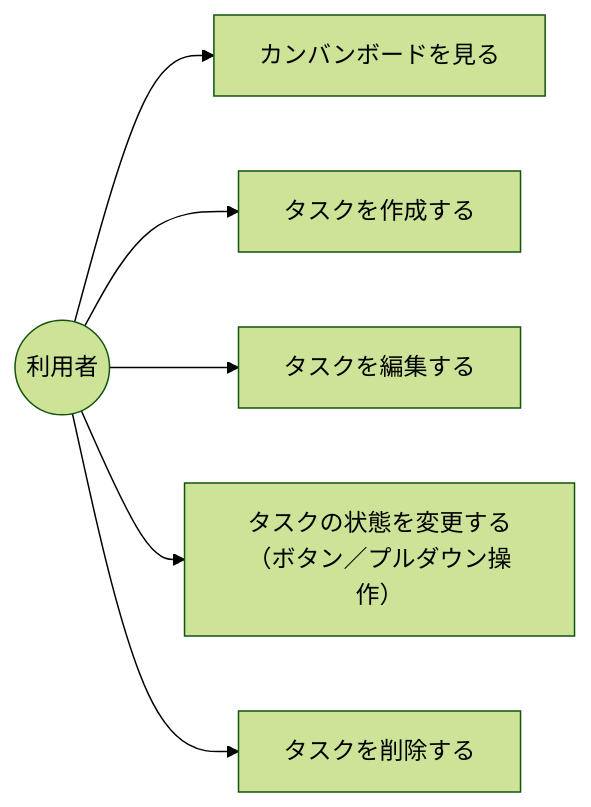
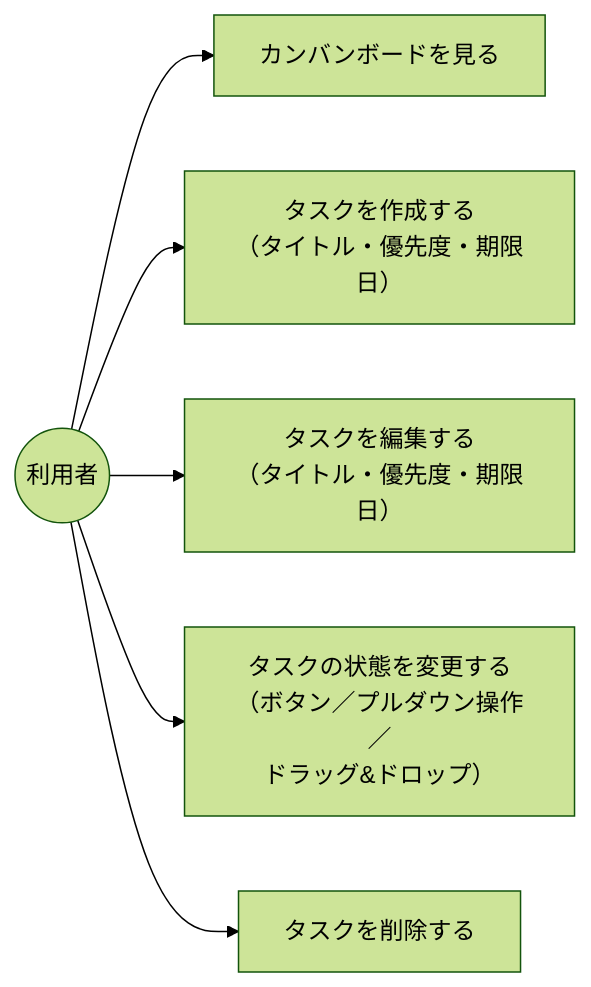
Before and after one commit to Mugen0619/TASKMANAGEMENT: the diagram in docs/screen-design.md, drawn with Mermaid (forest theme). The commit also changed other lines of this file and 5 other files, not shown here.

````diff
--- a/docs/screen-design.md
+++ b/docs/screen-design.md
@@ -9,14 +9,14 @@
 ```mermaid
 graph LR
   User((利用者))
   UC1[カンバンボードを見る]
-  UC2[タスクを作成する]
-  UC3[タスクを編集する]
-  UC4["タスクの状態を変更する<br/>（ボタン／プルダウン操作）"]
+  UC2["タスクを作成する<br/>（タイトル・優先度・期限日）"]
+  UC3["タスクを編集する<br/>（タイトル・優先度・期限日）"]
+  UC4["タスクの状態を変更する<br/>（ボタン／プルダウン操作／<br/>ドラッグ&ドロップ）"]
   UC5[タスクを削除する]
   User --> UC1
   User --> UC2
   User --> UC3
   User --> UC4
   User --> UC5
 ```
````
